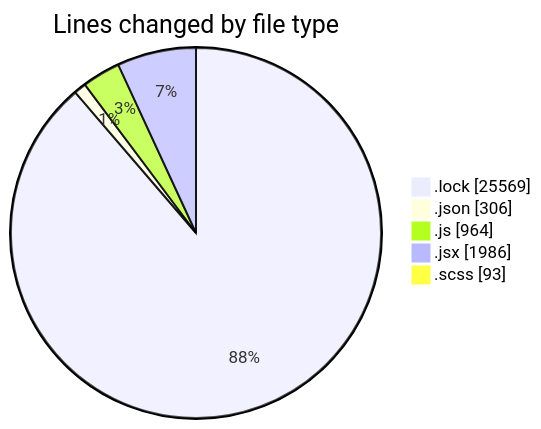
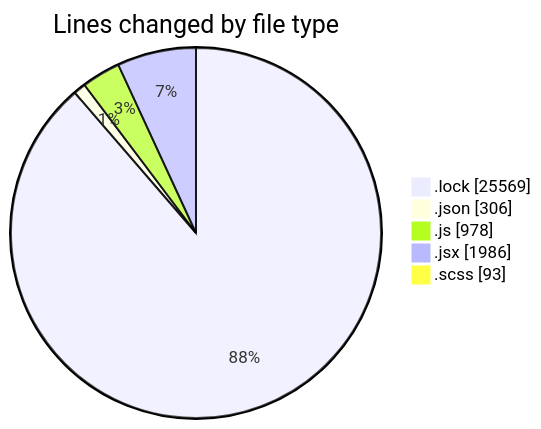
Before and after one commit to momahboobian/code-tracking: the first of 2 diagrams in 2026-01-07/cda/README.md, drawn with Mermaid. The commit also changed other lines of this file and 1 other file, not shown here.

````diff
--- a/2026-01-07/cda/README.md
+++ b/2026-01-07/cda/README.md
@@ -42,9 +42,9 @@
 ```mermaid
 pie showData
 title Lines changed by file type
 ".lock" : 25569
 ".json" : 306
-".js" : 964
+".js" : 978
 ".jsx" : 1986
 ".scss" : 93
 ```
````
